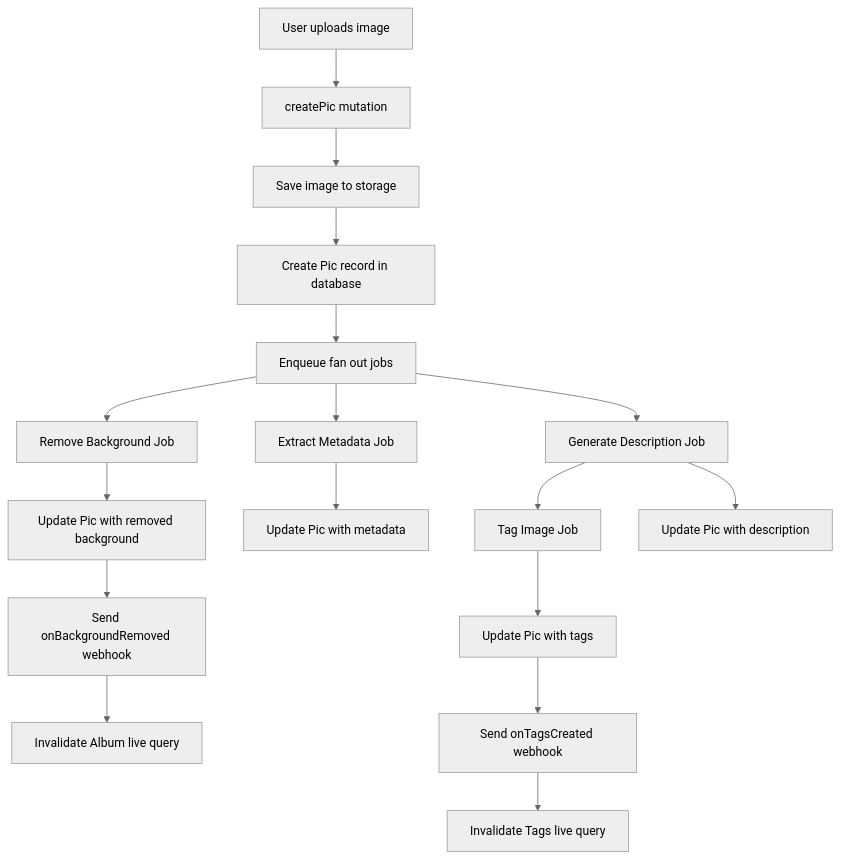
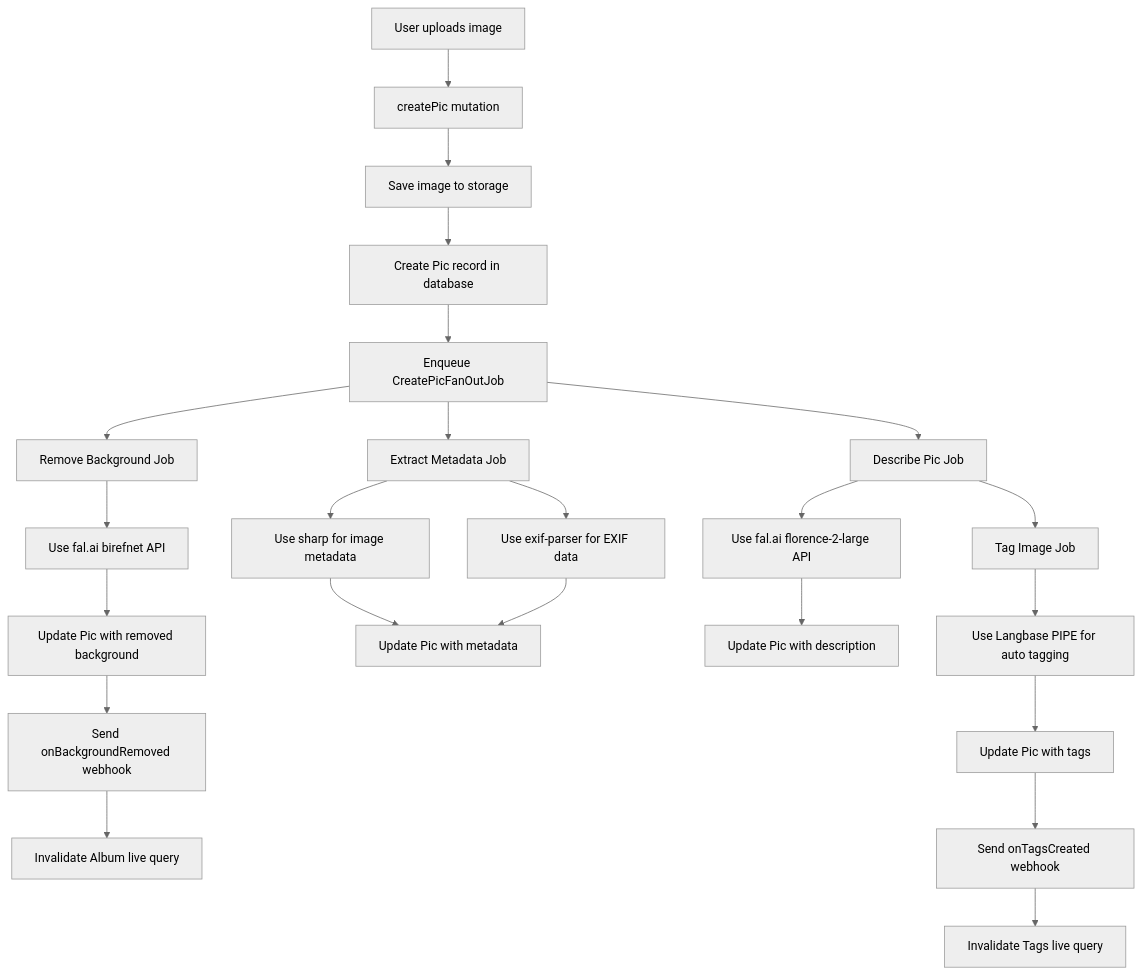
The diagram in README.md (dthyresson/pixeez), drawn with Mermaid (neutral theme) before and after one commit. The commit also changed other lines of this file and 4 other files, not shown here.

````diff
--- a/README.md
+++ b/README.md
@@ -78,23 +79,29 @@
 ```mermaid
 graph TD
     A[User uploads image] --> B[createPic mutation]
     B --> C[Save image to storage]
     C --> D[Create Pic record in database]
-    D --> E[Enqueue fan out jobs]
+    D --> E[Enqueue CreatePicFanOutJob]
     E --> F[Remove Background Job]
     E --> G[Extract Metadata Job]
-    E --> H[Generate Description Job]
+    E --> H[Describe Pic Job]
     H --> I[Tag Image Job]
 
-    F --> J[Update Pic with removed background]
-    J --> K[Send onBackgroundRemoved webhook]
-    K --> L[Invalidate Album live query]
+    F --> J[Use fal.ai birefnet API]
+    J --> K[Update Pic with removed background]
+    K --> L[Send onBackgroundRemoved webhook]
+    L --> M[Invalidate Album live query]
 
-    G --> M[Update Pic with metadata]
+    G --> N[Use sharp for image metadata]
+    G --> O[Use exif-parser for EXIF data]
+    N --> P[Update Pic with metadata]
+    O --> P
 
-    H --> N[Update Pic with description]
+    H --> Q[Use fal.ai florence-2-large API]
+    Q --> R[Update Pic with description]
 
-    I --> O[Update Pic with tags]
-    O --> P[Send onTagsCreated webhook]
-    P --> Q[Invalidate Tags live query]
+    I --> S[Use Langbase PIPE for auto tagging]
+    S --> T[Update Pic with tags]
+    T --> U[Send onTagsCreated webhook]
+    U --> V[Invalidate Tags live query]
 ```
````
